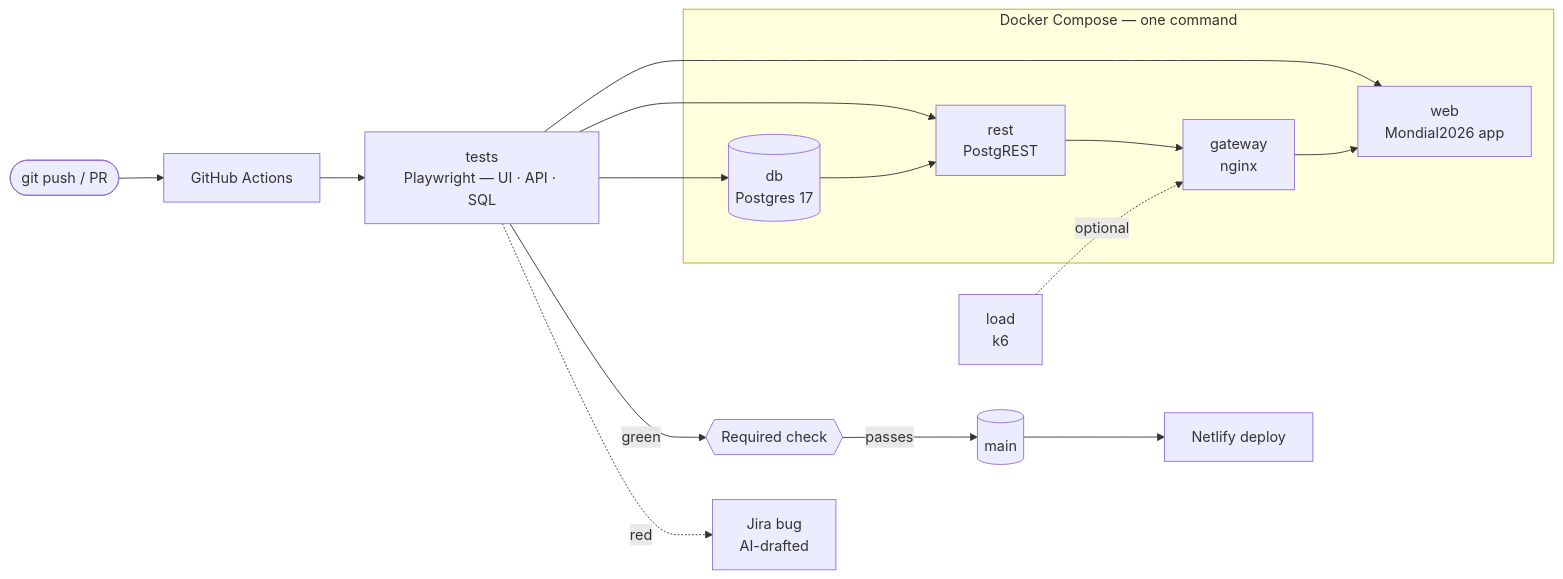
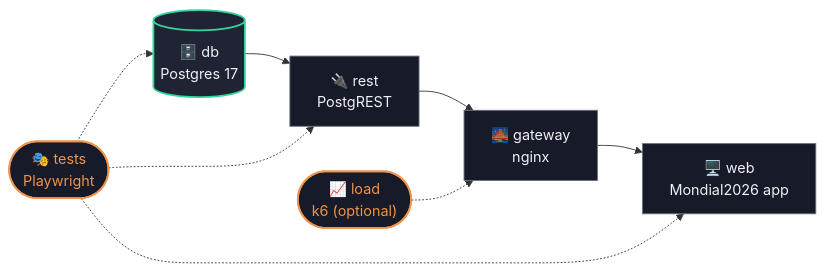
The first of 2 diagrams in README.md (PashaGend/QA-Automation-project), drawn with Mermaid before and after one commit. The commit also changed other lines of this file, not shown here.

Commit message:
Split the architecture diagram into two clearer, styled Mermaid graphs
One for the Docker Compose stack, one for the CI/CD gate, each simpler to
read than the single combined diagram, with color-coded node classes.

````diff
--- a/README.md
+++ b/README.md
@@ -29,19 +31,17 @@
 ```mermaid
 flowchart LR
-    subgraph stack["Docker Compose — one command"]
-        DB[("db<br/>Postgres 17")] --> REST["rest<br/>PostgREST"]
-        REST --> GW["gateway<br/>nginx"]
-        GW --> WEB["web<br/>Mondial2026 app"]
-    end
-    TESTS["tests<br/>Playwright — UI · API · SQL"] --> WEB
-    TESTS --> REST
-    TESTS --> DB
-    LOAD["load<br/>k6"] -.optional.-> GW
+    DB[("🗄️ db<br/>Postgres 17")] --> REST["🔌 rest<br/>PostgREST"]
+    REST --> GW["🌉 gateway<br/>nginx"]
+    GW --> WEB["🖥️ web<br/>Mondial2026 app"]
+    TESTS(["🎭 tests<br/>Playwright"]) -.-> WEB
+    TESTS -.-> REST
+    TESTS -.-> DB
+    LOAD(["📈 load<br/>k6 (optional)"]) -.-> GW
 
-    PUSH(["git push / PR"]) --> CI["GitHub Actions"]
-    CI --> TESTS
-    TESTS -->|green| GATE{{"Required check"}}
-    TESTS -.red.-> JIRA["Jira bug<br/>AI-drafted"]
-    GATE -->|passes| MAIN[("main")]
-    MAIN --> NETLIFY["Netlify deploy"]
+    classDef store fill:#1f2333,stroke:#34d399,stroke-width:2px,color:#eef1f7;
+    classDef svc fill:#171a28,stroke:#6a7179,stroke-width:1px,color:#eef1f7;
+    classDef driver fill:#171a28,stroke:#f0934b,stroke-width:2px,color:#f0934b;
+    class DB store;
+    class REST,GW,WEB svc;
+    class TESTS,LOAD driver;
 ```
````
